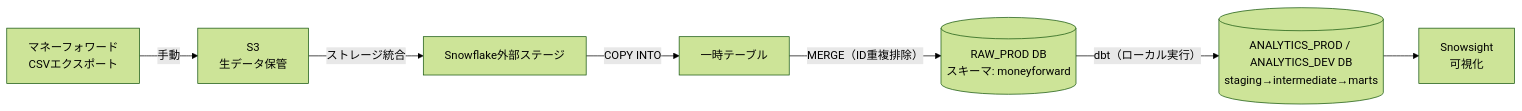
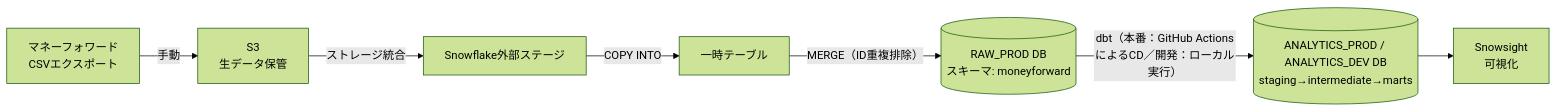
One commit to tomitayuuki/practice_data_platform changed the diagram in docs/architecture.md. Above: the diagram before and after it, drawn with Mermaid (forest theme). The commit also changed other lines of this file and 10 other files, not shown here.

First line of the commit message:
feat: GitHub ActionsによるdbtのPRODリリース（CD）を導入 (#19)

````diff
--- a/docs/architecture.md
+++ b/docs/architecture.md
@@ -8,9 +8,9 @@
 ```mermaid
 flowchart LR
     MF[マネーフォワード<br/>CSVエクスポート] -->|手動| S3[S3<br/>生データ保管]
     S3 -->|ストレージ統合| STG[Snowflake外部ステージ]
     STG -->|COPY INTO| TMP[一時テーブル]
     TMP -->|MERGE（ID重複排除）| RAW[(RAW_PROD DB<br/>スキーマ: moneyforward)]
-    RAW -->|dbt（ローカル実行）| ANALYTICS[(ANALYTICS_PROD / ANALYTICS_DEV DB<br/>staging→intermediate→marts)]
+    RAW -->|dbt（本番：GitHub ActionsによるCD／開発：ローカル実行）| ANALYTICS[(ANALYTICS_PROD / ANALYTICS_DEV DB<br/>staging→intermediate→marts)]
     ANALYTICS --> SNOWSIGHT[Snowsight<br/>可視化]
 ```
````
